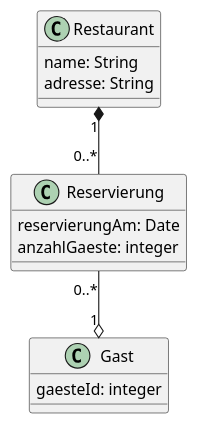
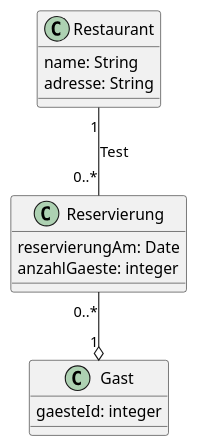
One commit to byte-wolf/ws2024-se changed the diagram in ue1/ue1_1a.puml. Above: the diagram before and after it, drawn with PlantUML.

Commit message:
Add label on connection

```diff
--- a/ue1/ue1_1a.puml
+++ b/ue1/ue1_1a.puml
@@ -1,21 +1,21 @@
 @startuml ue1
 
 class Restaurant {
     name: String
     adresse: String
 }
 
-Restaurant "1" *-- "0..*" Reservierung
+Restaurant "1" -- "0..*" Reservierung : Test
 
 class Reservierung {
     reservierungAm: Date
     anzahlGaeste: integer
 }
 
 Reservierung "0..*" --o "1" Gast
 
 class Gast {
     gaesteId: integer
 }
 
 @enduml
```
